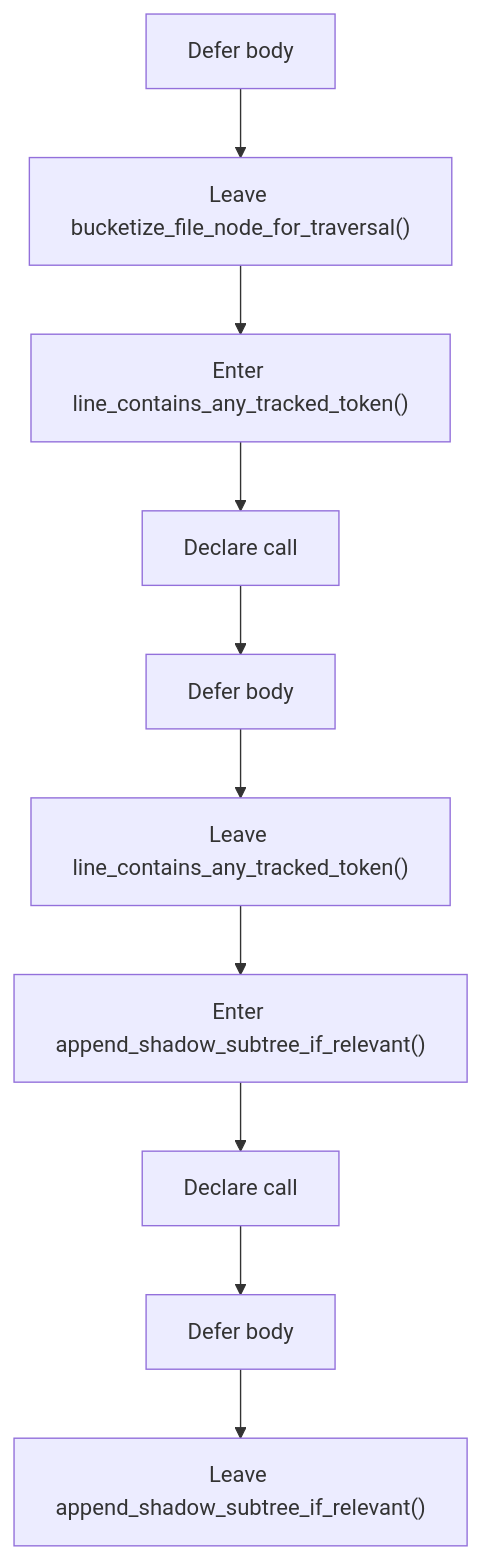
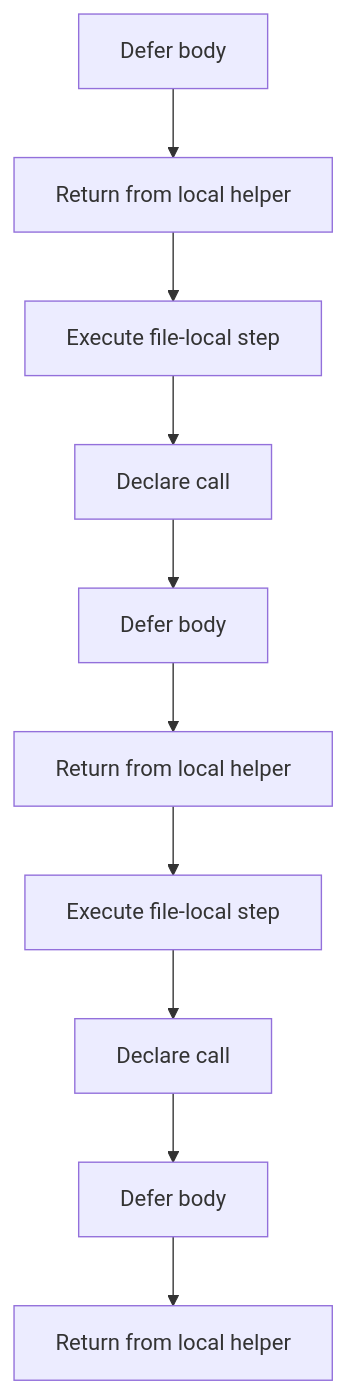
Before and after one commit to JohnAndrewBalbarosa/NeoTerritory: the third of 5 diagrams in docs/Codebase/Microservice/Modules/Header/SyntacticBrokenAST/Trees/Actual/Internal/Flow/parse_tree_internal_program_flow_02.hpp.md, drawn with Mermaid. The commit also changed other lines of this file and 915 other files, not shown here.

````diff
--- a/docs/Codebase/Microservice/Modules/Header/SyntacticBrokenAST/Trees/Actual/Internal/Flow/parse_tree_internal_program_flow_02.hpp.md
+++ b/docs/Codebase/Microservice/Modules/Header/SyntacticBrokenAST/Trees/Actual/Internal/Flow/parse_tree_internal_program_flow_02.hpp.md
@@ -61,22 +61,22 @@
 ```mermaid
 flowchart TD
     N0["Defer body"]
-    N1["Leave bucketize_file_node_for_traversal()"]
-    N2["Enter line_contains_any_tracked_token()"]
+    N1["Return from local helper"]
+    N2["Execute file-local step"]
     N3["Declare call"]
     N4["Defer body"]
-    N5["Leave line_contains_any_tracked_token()"]
-    N6["Enter append_shadow_subtree_if_relevant()"]
+    N5["Return from local helper"]
+    N6["Execute file-local step"]
     N7["Declare call"]
     N8["Defer body"]
-    N9["Leave append_shadow_subtree_if_relevant()"]
+    N9["Return from local helper"]
     N0 --> N1
     N1 --> N2
     N2 --> N3
     N3 --> N4
     N4 --> N5
     N5 --> N6
     N6 --> N7
     N7 --> N8
     N8 --> N9
 ```
````
